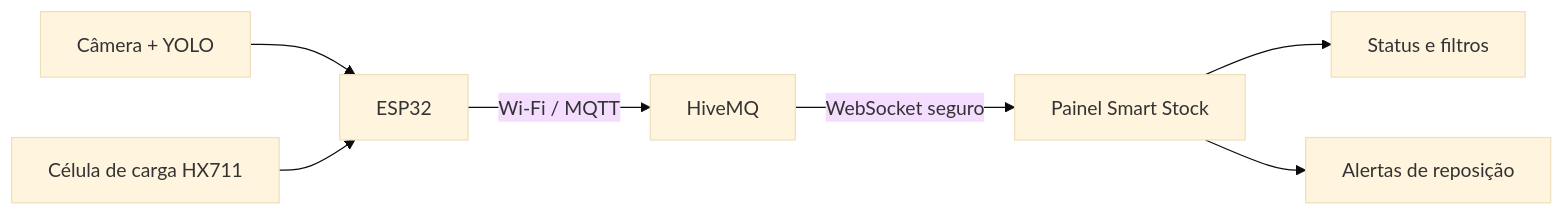
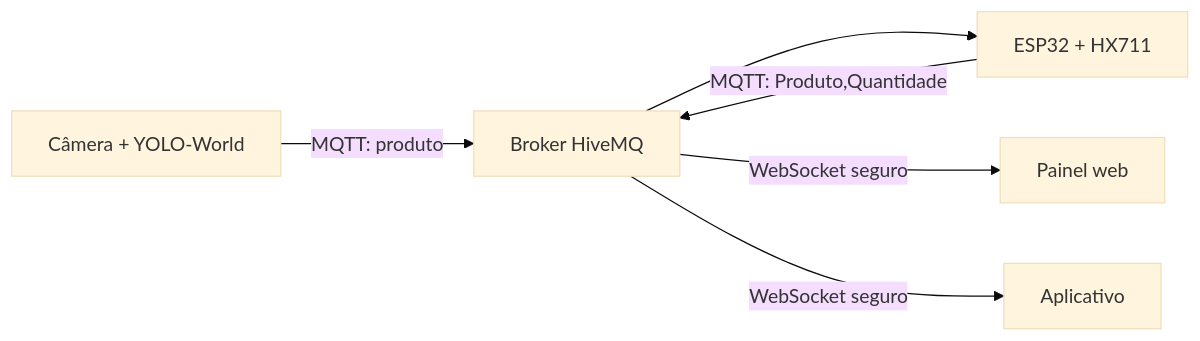
One commit to izabelavitoriafs-eng/Belart---controle-de-estoque- changed the diagram in site/README.md. Above: the diagram before and after it, drawn with Mermaid (base theme). The commit also changed other lines of this file and 1 other file, not shown here.

First line of the commit message:
Atualiza os READMEs com o painel web e o aplicativo

````diff
--- a/site/README.md
+++ b/site/README.md
@@ -126,9 +132,8 @@
 ```mermaid
 flowchart LR
-    A[Câmera + YOLO] --> B[ESP32]
-    C[Célula de carga HX711] --> B
-    B -->|Wi-Fi / MQTT| D[HiveMQ]
-    D -->|WebSocket seguro| E[Painel Smart Stock]
-    E --> F[Status e filtros]
-    E --> G[Alertas de reposição]
+    A[Câmera + YOLO-World] -->|MQTT: produto| D[Broker HiveMQ]
+    D --> B[ESP32 + HX711]
+    B -->|MQTT: Produto,Quantidade| D
+    D -->|WebSocket seguro| E[Painel web]
+    D -->|WebSocket seguro| F[Aplicativo]
 ```
````
